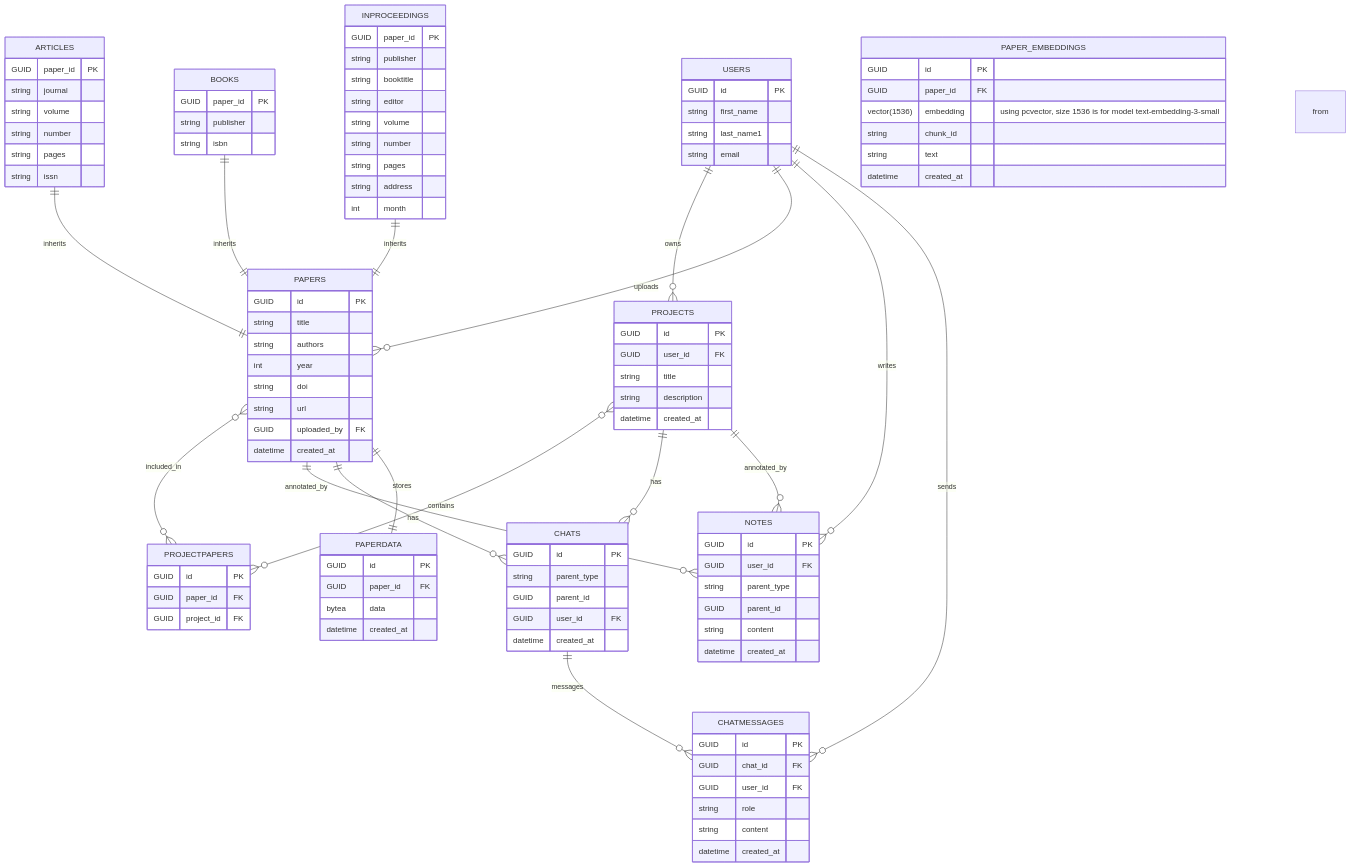
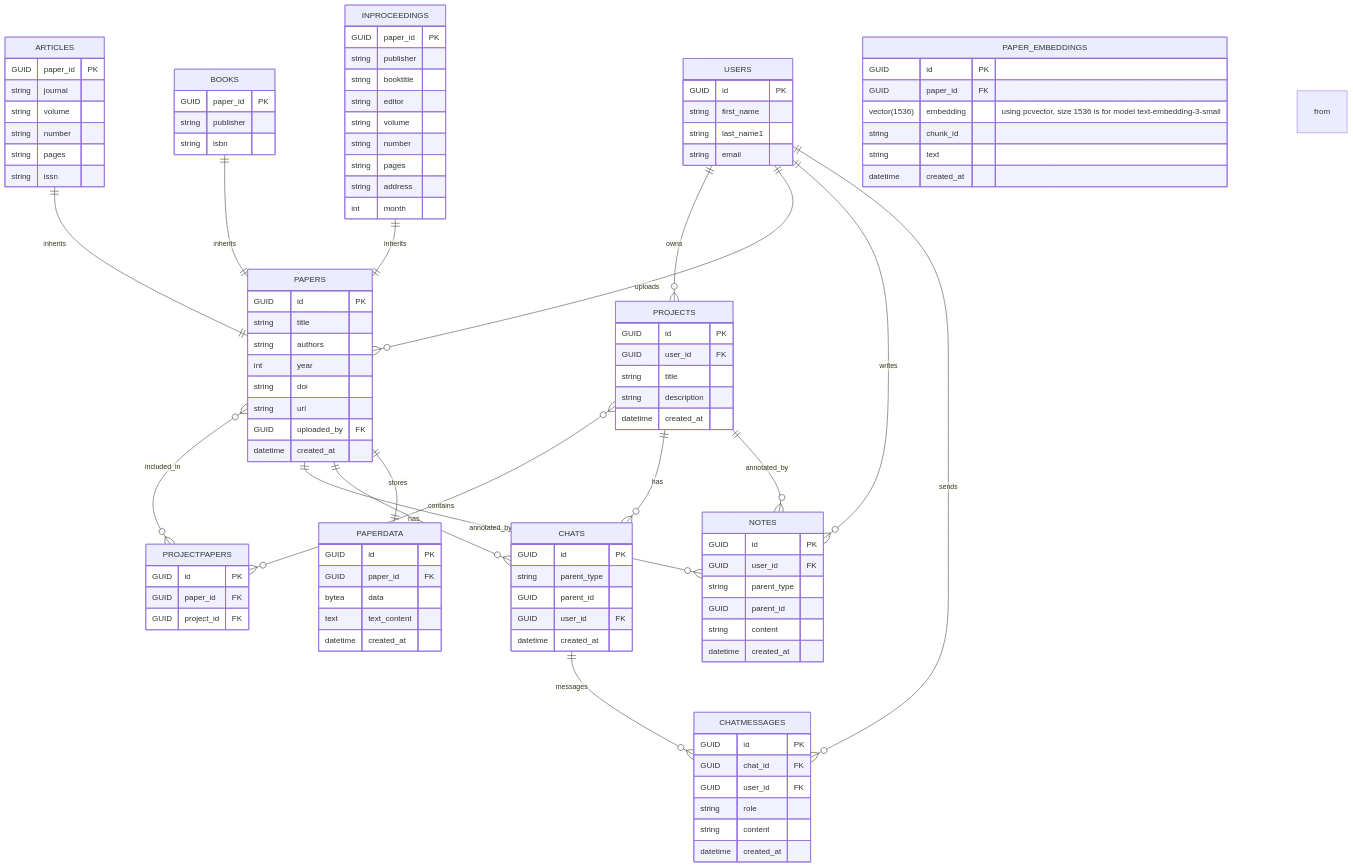
The diagram in docs/database/database-design.md (hustlernils/paper-buddy), drawn with Mermaid before and after one commit. The commit also changed 2 other files, not shown here.

```diff
--- a/docs/database/database-design.md
+++ b/docs/database/database-design.md
@@ -51,6 +51,7 @@
         GUID id PK
         GUID paper_id FK
         bytea data
+        text text_content
         datetime created_at
     }
     PAPER_EMBEDDINGS {
```
